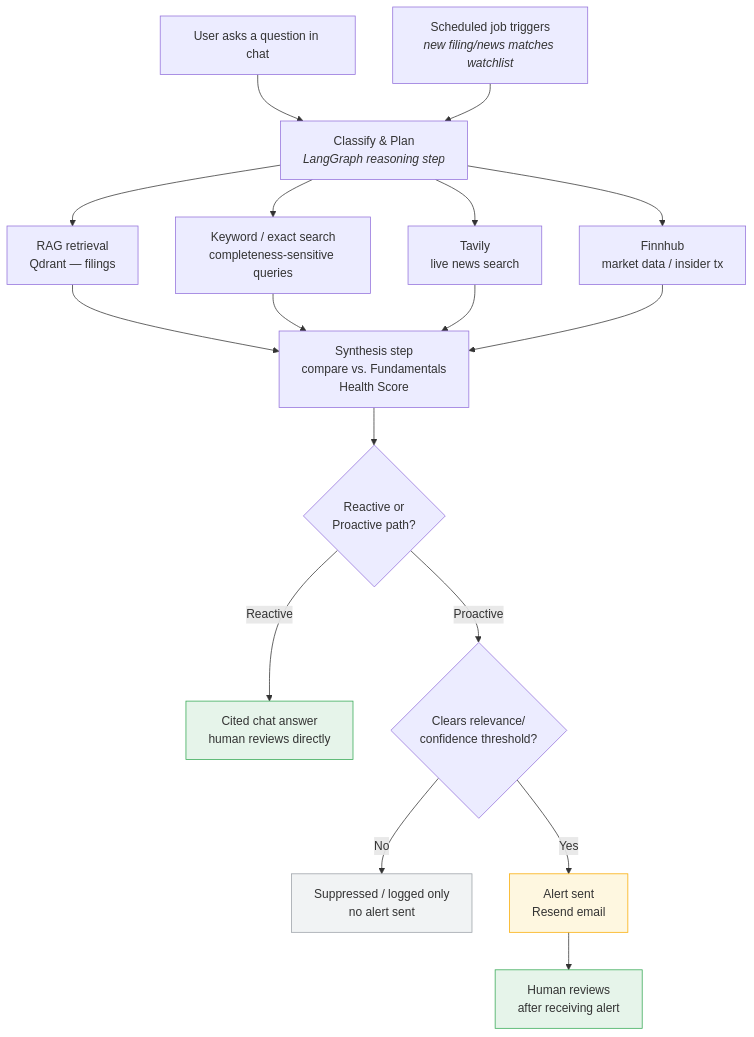
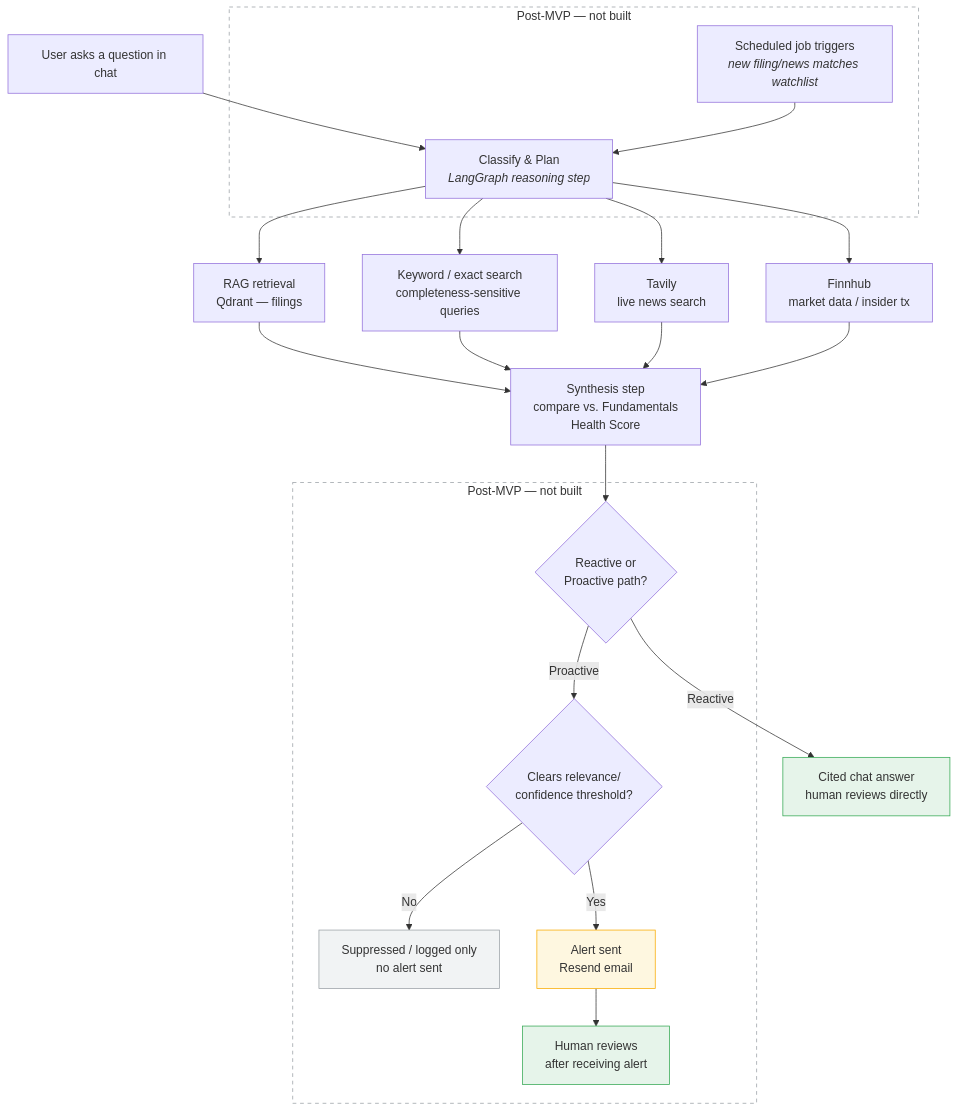
Before and after one commit to maiufukui/portfolio-copilot: the third of 3 diagrams in Personal Portfolio Copilot-prd.md, drawn with Mermaid. The commit also changed other lines of this file and 7 other files, not shown here.

````diff
--- a/Personal Portfolio Copilot-prd.md
+++ b/Personal Portfolio Copilot-prd.md
@@ -170,27 +173,35 @@
 ```mermaid
 flowchart TD
     A1["User asks a question in chat"] --> C["Classify & Plan<br/><i>LangGraph reasoning step</i>"]
-    A2["Scheduled job triggers<br/><i>new filing/news matches watchlist</i>"] --> C
+
+    subgraph Proactive1["Post-MVP — not built"]
+        A2["Scheduled job triggers<br/><i>new filing/news matches watchlist</i>"] --> C
+    end
 
     C --> D1["RAG retrieval<br/>Qdrant — filings"]
     C --> D2["Keyword / exact search<br/>completeness-sensitive queries"]
     C --> D3["Tavily<br/>live news search"]
     C --> D4["Finnhub<br/>market data / insider tx"]
 
     D1 --> E["Synthesis step<br/>compare vs. Fundamentals<br/>Health Score"]
     D2 --> E
     D3 --> E
     D4 --> E
 
     E --> F{"Reactive or<br/>Proactive path?"}
     F -->|Reactive| G["Cited chat answer<br/>human reviews directly"]
-    F -->|Proactive| H{"Clears relevance/<br/>confidence threshold?"}
-    H -->|No| I["Suppressed / logged only<br/>no alert sent"]
-    H -->|Yes| J["Alert sent<br/>Resend email"]
-    J --> K["Human reviews<br/>after receiving alert"]
+
+    subgraph Proactive2["Post-MVP — not built"]
+        F -->|Proactive| H{"Clears relevance/<br/>confidence threshold?"}
+        H -->|No| I["Suppressed / logged only<br/>no alert sent"]
+        H -->|Yes| J["Alert sent<br/>Resend email"]
+        J --> K["Human reviews<br/>after receiving alert"]
+    end
 
     style G fill:#e6f4ea,stroke:#34a853
     style I fill:#f1f3f4,stroke:#9aa0a6
     style J fill:#fef7e0,stroke:#f9ab00
     style K fill:#e6f4ea,stroke:#34a853
+    style Proactive1 fill:none,stroke:#9aa0a6,stroke-dasharray: 5 5
+    style Proactive2 fill:none,stroke:#9aa0a6,stroke-dasharray: 5 5
 ```
````
